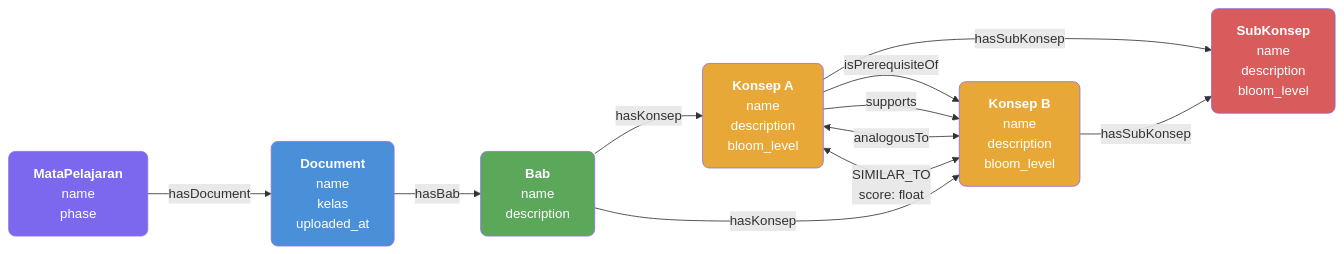
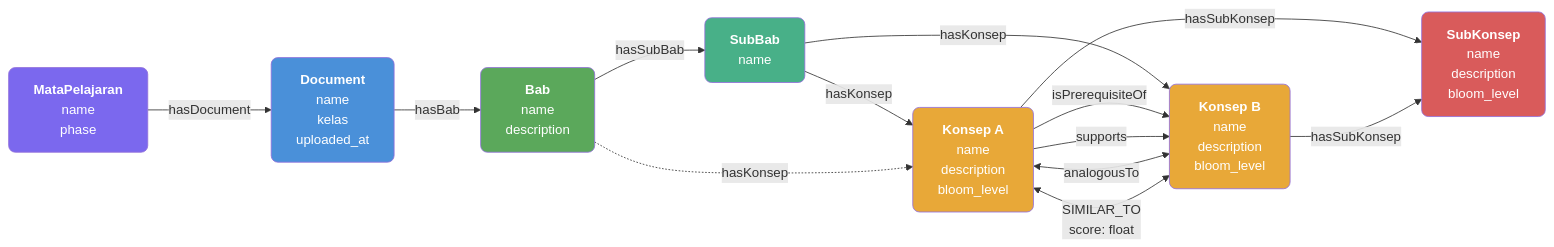
Before and after one commit to kemendikbud-kgc/llm-kg-completion: the second of 3 diagrams in README.md, drawn with Mermaid. The commit also changed other lines of this file, not shown here.

Commit message:
docs: update README with SubBab ontology
Add SubBab node to the ontology diagram and documentation.
Update relationship table to include hasSubBab structural relationship.

````diff
--- a/README.md
+++ b/README.md
@@ -41,28 +41,32 @@
 ```mermaid
 graph LR
     MP["<b>MataPelajaran</b><br/>name<br/>phase"]
     DOC["<b>Document</b><br/>name<br/>kelas<br/>uploaded_at"]
     BAB["<b>Bab</b><br/>name<br/>description"]
+    SB["<b>SubBab</b><br/>name"]
     KA["<b>Konsep A</b><br/>name<br/>description<br/>bloom_level"]
     KB["<b>Konsep B</b><br/>name<br/>description<br/>bloom_level"]
     SK["<b>SubKonsep</b><br/>name<br/>description<br/>bloom_level"]
 
     MP -->|hasDocument| DOC
     DOC -->|hasBab| BAB
-    BAB -->|hasKonsep| KA
-    BAB -->|hasKonsep| KB
+    BAB -->|hasSubBab| SB
+    SB -->|hasKonsep| KA
+    SB -->|hasKonsep| KB
+    BAB -.->|hasKonsep| KA
     KA -->|hasSubKonsep| SK
     KB -->|hasSubKonsep| SK
 
     KA -->|isPrerequisiteOf| KB
     KA -->|supports| KB
     KA <-->|analogousTo| KB
     KA <-->|"SIMILAR_TO\nscore: float"| KB
 
     style MP fill:#7B68EE,color:#fff,rx:8
     style DOC fill:#4A90D9,color:#fff,rx:8
     style BAB fill:#5BA85B,color:#fff,rx:8
+    style SB  fill:#48B088,color:#fff,rx:8
     style KA  fill:#E8A838,color:#fff,rx:8
     style KB  fill:#E8A838,color:#fff,rx:8
     style SK  fill:#D95B5B,color:#fff,rx:8
 ```
````
